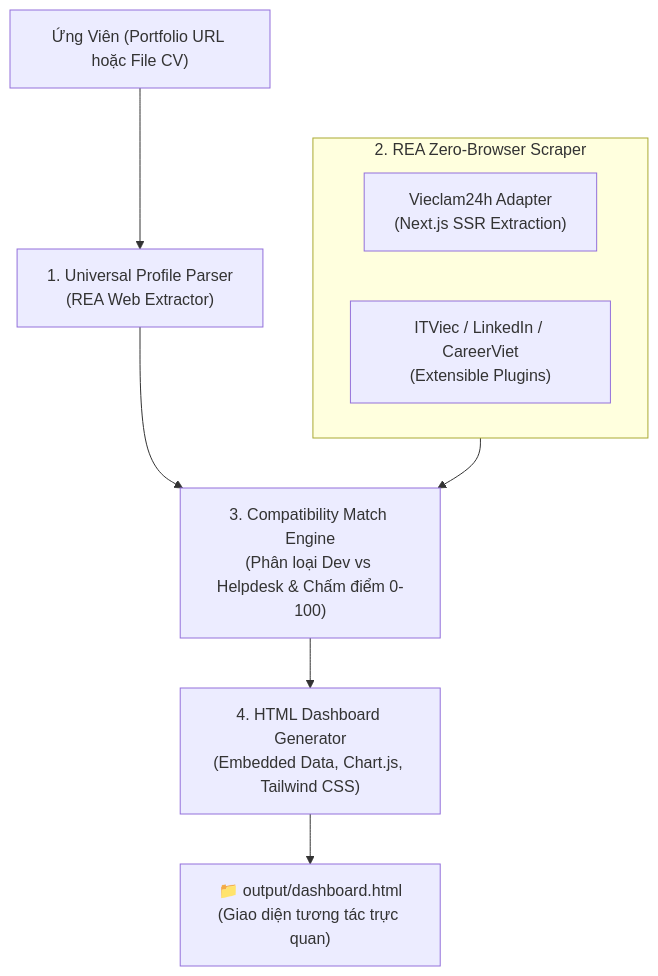
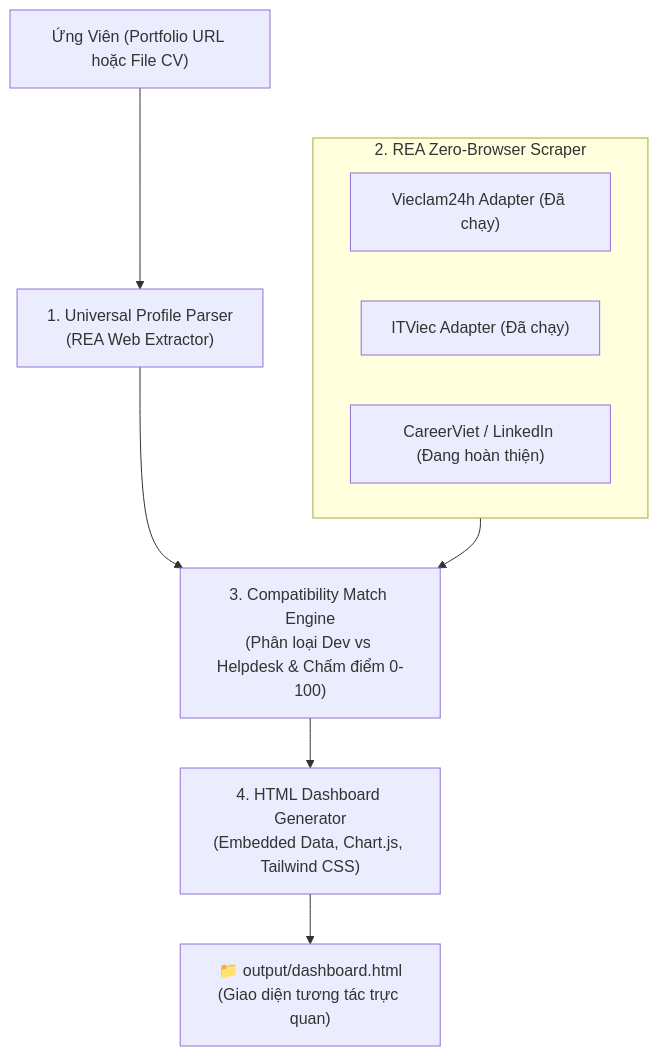
The diagram in README.md (thieuhoang2002/job-scout-vn), drawn with Mermaid before and after one commit. The commit also changed other lines of this file and 3 other files, not shown here.

Commit message:
feat: add ITViec adapter, enable multi-source scraping and align README with verified platforms

````diff
--- a/README.md
+++ b/README.md
@@ -55,15 +53,16 @@
 ```mermaid
 flowchart TD
     Candidate["Ứng Viên (Portfolio URL hoặc File CV)"] --> Parser["1. Universal Profile Parser<br/>(REA Web Extractor)"]
     
     subgraph ScrapingLayer ["2. REA Zero-Browser Scraper"]
-        S1["Vieclam24h Adapter<br/>(Next.js SSR Extraction)"]
-        S2["ITViec / LinkedIn / CareerViet<br/>(Extensible Plugins)"]
+        S1["Vieclam24h Adapter (Đã chạy)"]
+        S2["ITViec Adapter (Đã chạy)"]
+        S3["CareerViet / LinkedIn (Đang hoàn thiện)"]
     end
     
     Parser --> MatchEngine["3. Compatibility Match Engine<br/>(Phân loại Dev vs Helpdesk & Chấm điểm 0-100)"]
     ScrapingLayer --> MatchEngine
     
     MatchEngine --> Generator["4. HTML Dashboard Generator<br/>(Embedded Data, Chart.js, Tailwind CSS)"]
     Generator --> HTMLOut["📁 output/dashboard.html<br/>(Giao diện tương tác trực quan)"]
 ```
````
